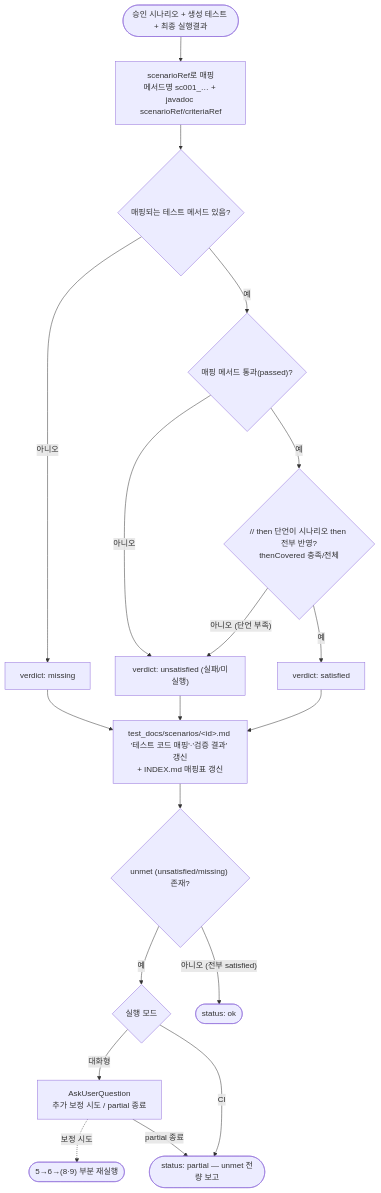
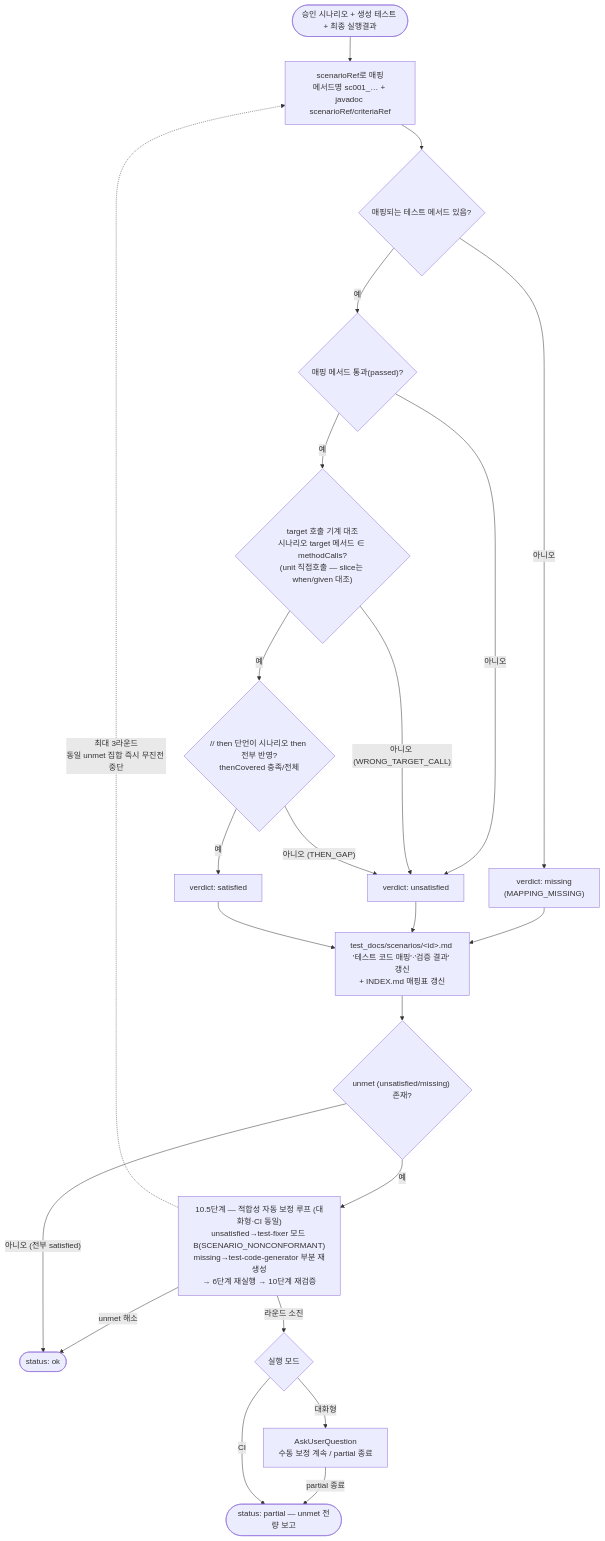
Before and after one commit to 1223v/test-autoevermation-harness: the fifth of 7 diagrams in test-autoevermation-harness-plugin/docs/pipeline-flow.md, drawn with Mermaid. The commit also changed other lines of this file and 24 other files, not shown here.

````diff
--- a/test-autoevermation-harness-plugin/docs/pipeline-flow.md
+++ b/test-autoevermation-harness-plugin/docs/pipeline-flow.md
@@ -155,22 +160,26 @@
 ```mermaid
 flowchart TD
     In(["승인 시나리오 + 생성 테스트 + 최종 실행결과"]) --> Map["scenarioRef로 매핑<br/>메서드명 sc001_… + javadoc scenarioRef/criteriaRef"]
     Map --> M1{"매핑되는 테스트 메서드 있음?"}
-    M1 -- "아니오" --> Missing["verdict: missing"]
+    M1 -- "아니오" --> Missing["verdict: missing<br/>(MAPPING_MISSING)"]
     M1 -- "예" --> M2{"매핑 메서드 통과(passed)?"}
-    M2 -- "아니오" --> Unsat["verdict: unsatisfied (실패/미실행)"]
-    M2 -- "예" --> M3{"// then 단언이 시나리오 then 전부 반영?<br/>thenCovered 충족/전체"}
-    M3 -- "아니오 (단언 부족)" --> Unsat
+    M2 -- "아니오" --> Unsat["verdict: unsatisfied"]
+    M2 -- "예" --> M25{"target 호출 기계 대조<br/>시나리오 target 메서드 ∈ methodCalls?<br/>(unit 직접호출 — slice는 when/given 대조)"}
+    M25 -- "아니오 (WRONG_TARGET_CALL)" --> Unsat
+    M25 -- "예" --> M3{"// then 단언이 시나리오 then 전부 반영?<br/>thenCovered 충족/전체"}
+    M3 -- "아니오 (THEN_GAP)" --> Unsat
     M3 -- "예" --> Sat["verdict: satisfied"]
 
     Missing --> Doc
     Unsat --> Doc
     Sat --> Doc["test_docs/scenarios/&lt;id&gt;.md '테스트 코드 매핑'·'검증 결과' 갱신<br/>+ INDEX.md 매핑표 갱신"]
     Doc --> Gate{"unmet (unsatisfied/missing) 존재?"}
-    Gate -- "예" --> P{"실행 모드"}
-    P -- "대화형" --> Ask["AskUserQuestion<br/>추가 보정 시도 / partial 종료"]
-    Ask -. "보정 시도" .-> Rerun(["5→6→(8·9) 부분 재실행"])
+    Gate -- "예" --> Loop["10.5단계 — 적합성 자동 보정 루프 (대화형·CI 동일)<br/>unsatisfied→test-fixer 모드 B(SCENARIO_NONCONFORMANT)<br/>missing→test-code-generator 부분 재생성<br/>→ 6단계 재실행 → 10단계 재검증"]
+    Loop -. "최대 3라운드<br/>동일 unmet 집합 즉시 무진전 중단" .-> Map
+    Loop -- "unmet 해소" --> Ok
+    Loop -- "라운드 소진" --> P{"실행 모드"}
+    P -- "대화형" --> Ask["AskUserQuestion<br/>수동 보정 계속 / partial 종료"]
     Ask -- "partial 종료" --> Partial(["status: partial — unmet 전량 보고"])
     P -- "CI" --> Partial
     Gate -- "아니오 (전부 satisfied)" --> Ok(["status: ok"])
 ```
````
